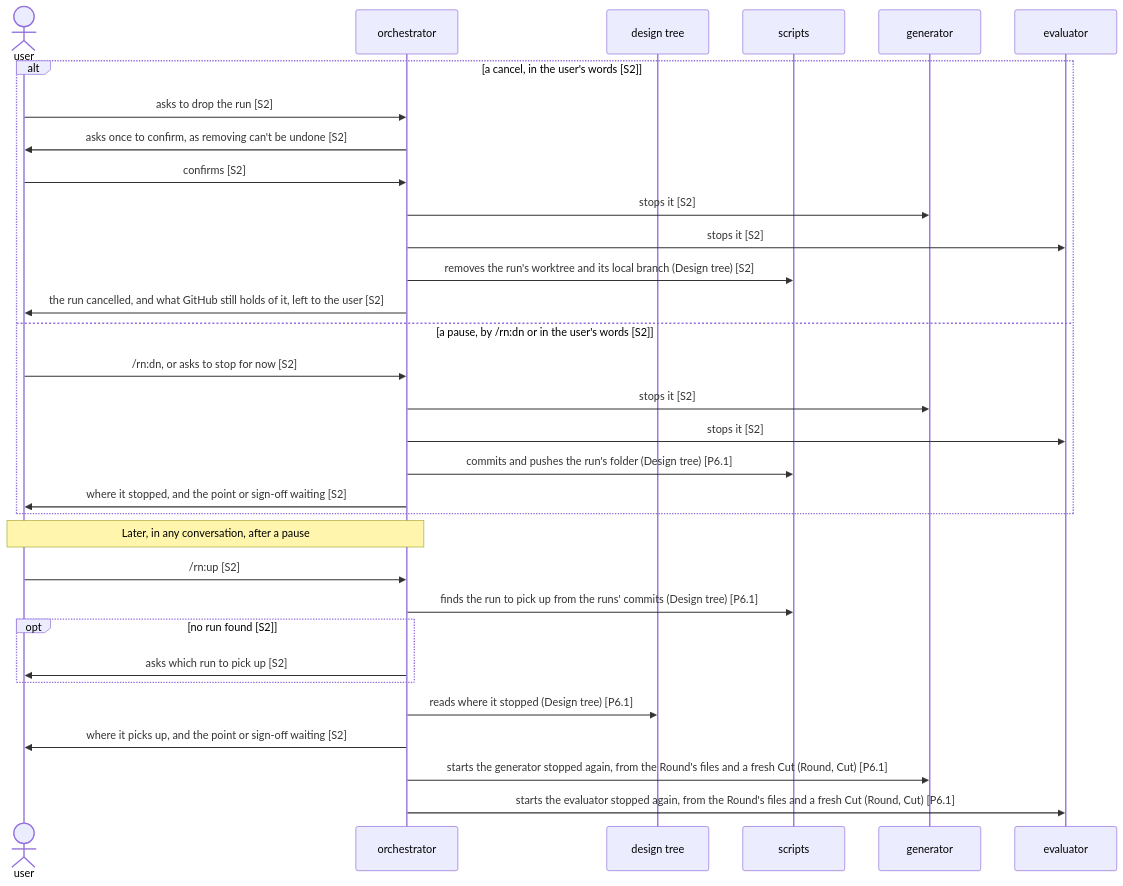
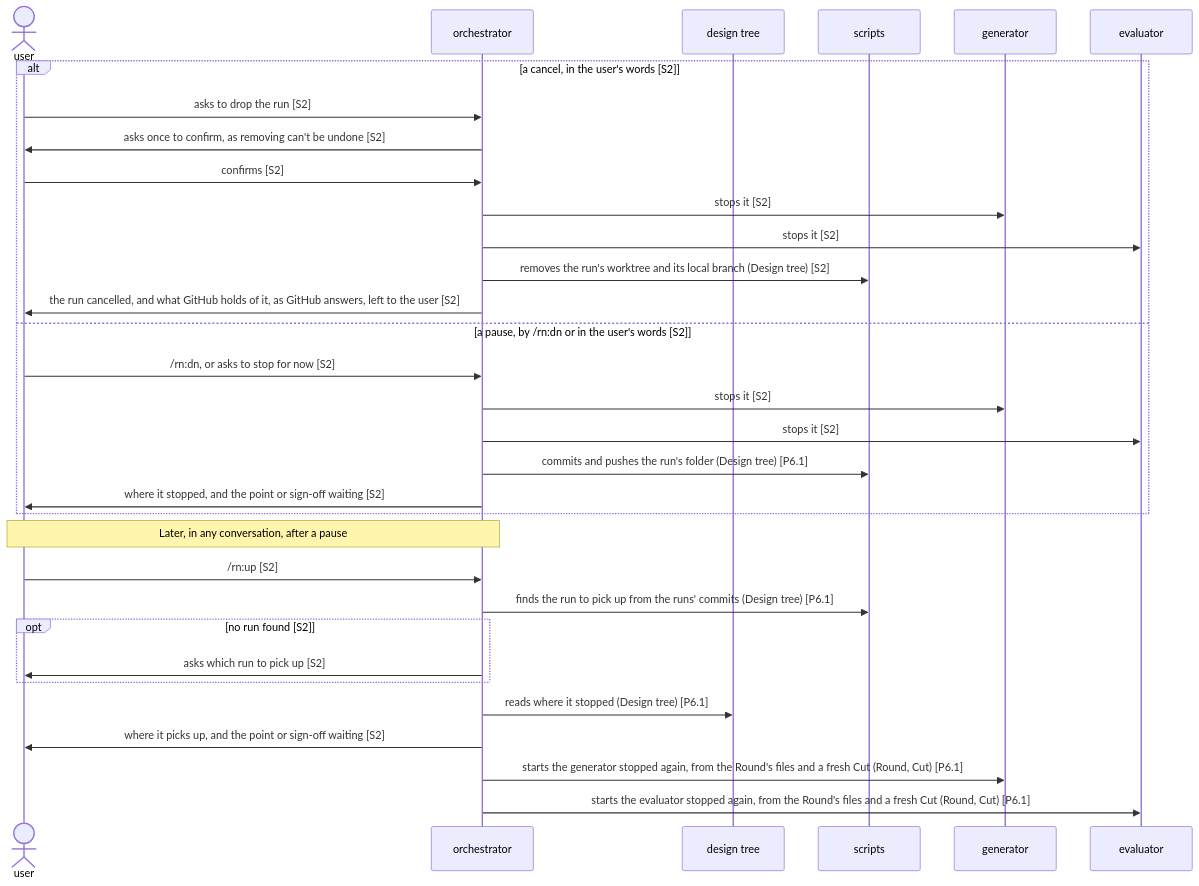
Before and after one commit to lovaizu/ccpm: the second of 2 diagrams in dev/rn/architecture.md, drawn with Mermaid. The commit also changed other lines of this file and 8 other files, not shown here.

First line of the commit message:
rn: a cancel tells the user what GitHub itself holds of the run, not what a stale local ref recorded

````diff
--- a/dev/rn/architecture.md
+++ b/dev/rn/architecture.md
@@ -237,34 +237,34 @@
 ```mermaid
 sequenceDiagram
   actor U as user
   participant O as orchestrator
   participant T as design tree
   participant S as scripts
   participant G as generator
   participant E as evaluator
   alt a cancel, in the user's words [S2]
     U->>O: asks to drop the run [S2]
     O->>U: asks once to confirm, as removing can't be undone [S2]
     U->>O: confirms [S2]
     O->>G: stops it [S2]
     O->>E: stops it [S2]
     O->>S: removes the run's worktree and its local branch (Design tree) [S2]
-    O->>U: the run cancelled, and what GitHub still holds of it, left to the user [S2]
+    O->>U: the run cancelled, and what GitHub holds of it, as GitHub answers, left to the user [S2]
   else a pause, by /rn:dn or in the user's words [S2]
     U->>O: /rn:dn, or asks to stop for now [S2]
     O->>G: stops it [S2]
     O->>E: stops it [S2]
     O->>S: commits and pushes the run's folder (Design tree) [P6.1]
     O->>U: where it stopped, and the point or sign-off waiting [S2]
   end
   Note over U,O: Later, in any conversation, after a pause
   U->>O: /rn:up [S2]
   O->>S: finds the run to pick up from the runs' commits (Design tree) [P6.1]
   opt no run found [S2]
     O->>U: asks which run to pick up [S2]
   end
   O->>T: reads where it stopped (Design tree) [P6.1]
   O->>U: where it picks up, and the point or sign-off waiting [S2]
   O->>G: starts the generator stopped again, from the Round's files and a fresh Cut (Round, Cut) [P6.1]
   O->>E: starts the evaluator stopped again, from the Round's files and a fresh Cut (Round, Cut) [P6.1]
 ```
````
